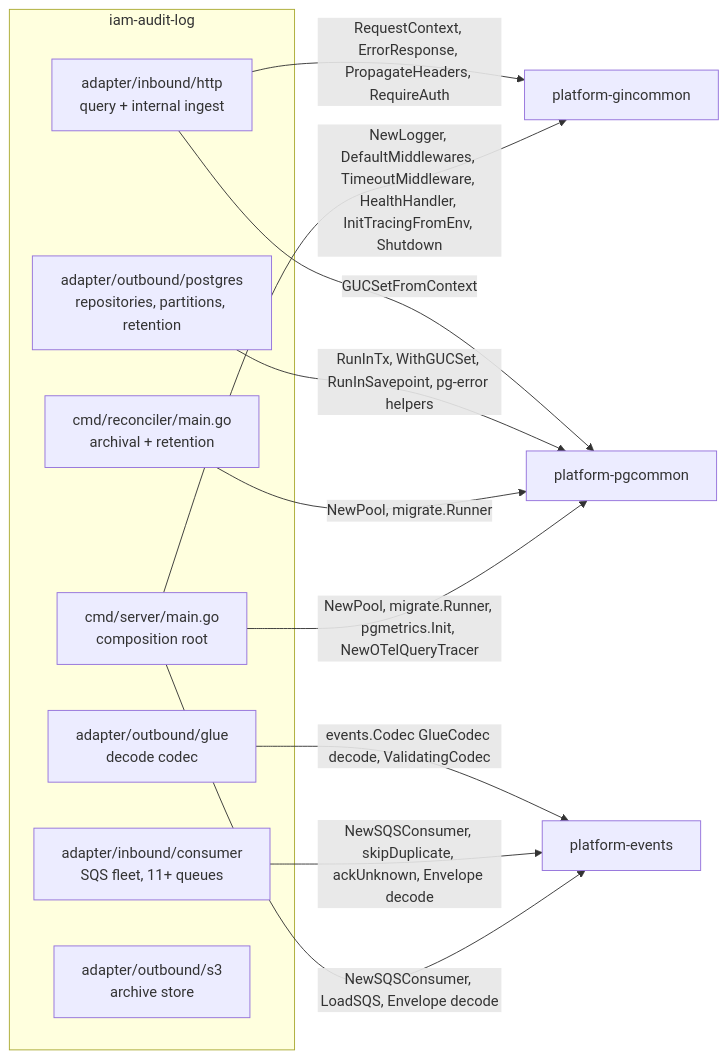
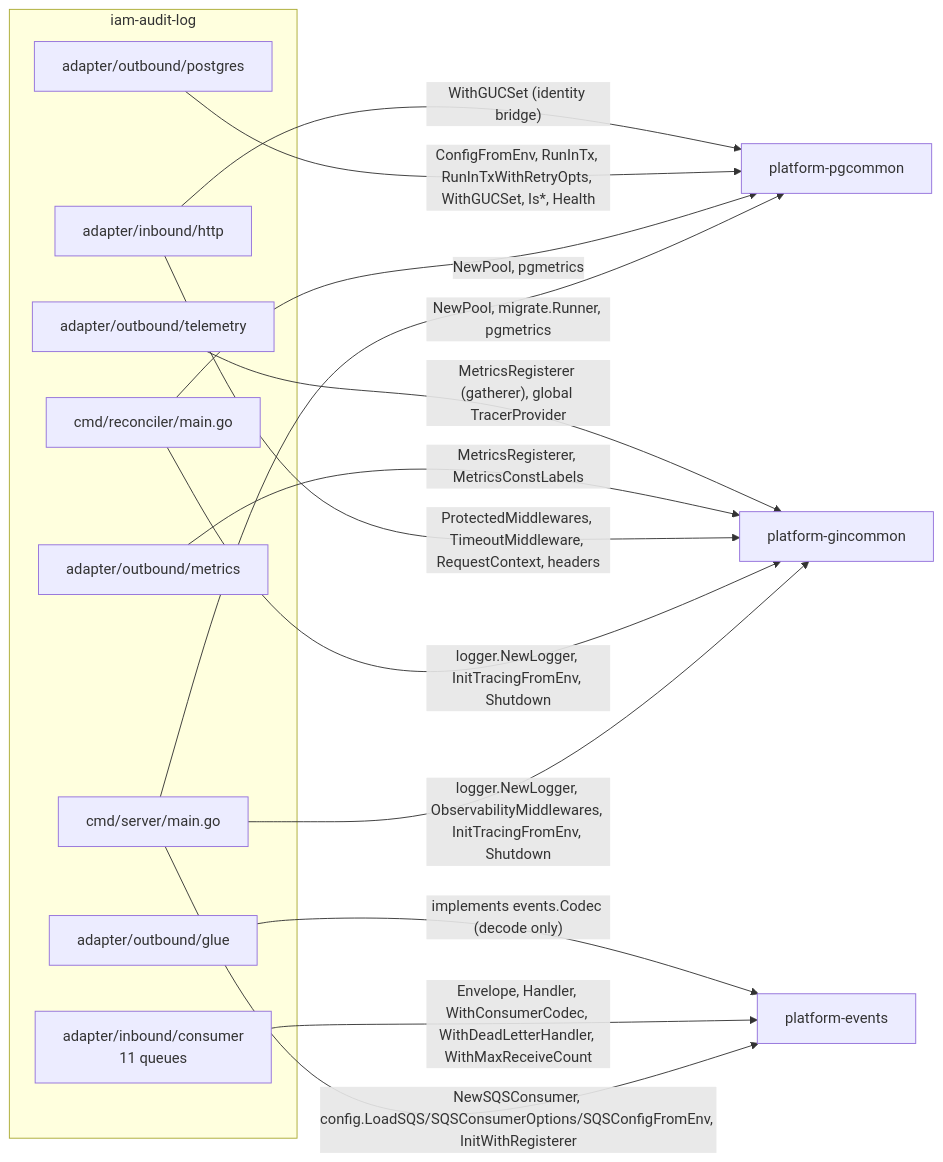
The first of 8 diagrams in docs/lld/iam-lld-audit-log-service.md (BCBP-SOLUTIONS-FZC-LLC/iam-audit-log), drawn with Mermaid before and after one commit. The commit also changed other lines of this file and 95 other files, not shown here.

````diff
--- a/docs/lld/iam-lld-audit-log-service.md
+++ b/docs/lld/iam-lld-audit-log-service.md
@@ -246,24 +280,28 @@
 ```mermaid
 flowchart LR
     subgraph svc["iam-audit-log"]
-        MAIN["cmd/server/main.go<br/>composition root"]
-        RECON["cmd/reconciler/main.go<br/>archival + retention"]
-        HTTP["adapter/inbound/http<br/>query + internal ingest"]
-        CONS["adapter/inbound/consumer<br/>SQS fleet, 11+ queues"]
-        PG["adapter/outbound/postgres<br/>repositories, partitions, retention"]
-        GL["adapter/outbound/glue<br/>decode codec"]
-        S3["adapter/outbound/s3<br/>archive store"]
+        MAIN["cmd/server/main.go"]
+        RECON["cmd/reconciler/main.go"]
+        HTTP["adapter/inbound/http"]
+        CONS["adapter/inbound/consumer<br/>11 queues"]
+        PG["adapter/outbound/postgres"]
+        GL["adapter/outbound/glue"]
+        MET["adapter/outbound/metrics"]
+        TEL["adapter/outbound/telemetry"]
     end
     GIN["platform-gincommon"]
     PGC["platform-pgcommon"]
     EVT["platform-events"]
-    MAIN -->|"NewLogger, DefaultMiddlewares, TimeoutMiddleware, HealthHandler, InitTracingFromEnv, Shutdown"| GIN
-    HTTP -->|"RequestContext, ErrorResponse, PropagateHeaders, RequireAuth"| GIN
-    MAIN -->|"NewPool, migrate.Runner, pgmetrics.Init, NewOTelQueryTracer"| PGC
-    RECON -->|"NewPool, migrate.Runner"| PGC
-    PG -->|"RunInTx, WithGUCSet, RunInSavepoint, pg-error helpers"| PGC
-    HTTP -->|"GUCSetFromContext"| PGC
-    MAIN -->|"NewSQSConsumer, LoadSQS, Envelope decode"| EVT
-    CONS -->|"NewSQSConsumer, skipDuplicate, ackUnknown, Envelope decode"| EVT
-    GL -->|"events.Codec GlueCodec decode, ValidatingCodec"| EVT
+    MAIN -->|"logger.NewLogger, ObservabilityMiddlewares, InitTracingFromEnv, Shutdown"| GIN
+    RECON -->|"logger.NewLogger, InitTracingFromEnv, Shutdown"| GIN
+    HTTP -->|"ProtectedMiddlewares, TimeoutMiddleware, RequestContext, headers"| GIN
+    MET -->|"MetricsRegisterer, MetricsConstLabels"| GIN
+    TEL -->|"MetricsRegisterer (gatherer), global TracerProvider"| GIN
+    MAIN -->|"NewPool, migrate.Runner, pgmetrics"| PGC
+    RECON -->|"NewPool, pgmetrics"| PGC
+    PG -->|"ConfigFromEnv, RunInTx, RunInTxWithRetryOpts, WithGUCSet, Is*, Health"| PGC
+    HTTP -->|"WithGUCSet (identity bridge)"| PGC
+    MAIN -->|"NewSQSConsumer, config.LoadSQS/SQSConsumerOptions/SQSConfigFromEnv, InitWithRegisterer"| EVT
+    CONS -->|"Envelope, Handler, WithConsumerCodec, WithDeadLetterHandler, WithMaxReceiveCount"| EVT
+    GL -->|"implements events.Codec (decode only)"| EVT
 ```
````
